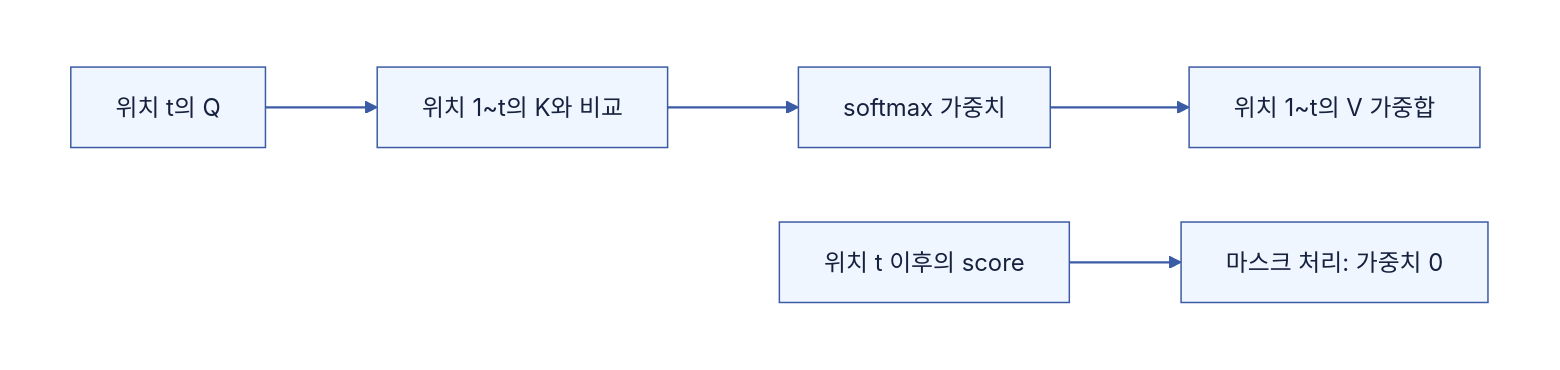
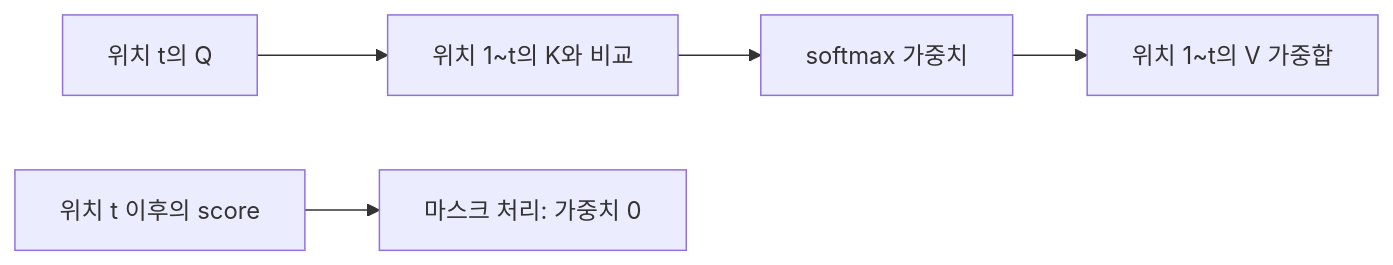
Before and after one commit to Hyune-s-lab/my-ai-study: the third of 3 diagrams in domain-knowledge/2606-attention-기초.md, drawn with Mermaid. The commit also changed other lines of this file and 49 other files, not shown here.

Commit message:
docs: 단순 다이어그램은 Mermaid로, 복잡한 배치는 SVG로 정리

````diff
--- a/domain-knowledge/2606-attention-기초.md
+++ b/domain-knowledge/2606-attention-기초.md
@@ -174,18 +167,14 @@
 ```mermaid
 flowchart LR
-%%{init: {"theme": "base", "darkMode": false, "themeVariables": {"background": "#ffffff", "primaryColor": "#EFF6FF", "primaryTextColor": "#16213E", "primaryBorderColor": "#3B5BA5", "secondaryColor": "#F0FDF4", "tertiaryColor": "#FAF5FF", "lineColor": "#3B5BA5", "textColor": "#16213E", "edgeLabelBackground": "#ffffff", "clusterBkg": "#F8FAFC", "clusterBorder": "#CBD5E1"}}}%%
-  subgraph canvas[" "]
-    direction LR
-    current["위치 t의 Q"] --> past["위치 1~t의 K와 비교"]
-    past --> weights["softmax 가중치"]
-    weights --> values["위치 1~t의 V 가중합"]
-    future["위치 t 이후의 score"] --> blocked["마스크 처리: 가중치 0"]
-  end
-  style canvas fill:#ffffff,stroke:#ffffff,color:#111827
-  linkStyle default stroke:#3B5BA5,stroke-width:1.5px
-  classDef app fill:#EFF6FF,stroke:#3B5BA5,stroke-width:1px,color:#16213E
-  class current,past,weights,values,future,blocked app
-  classDef db fill:#F0FDF4,stroke:#3F8E55,stroke-width:1px,color:#16213E
-  classDef policy fill:#FAF5FF,stroke:#A855F7,stroke-width:1px,color:#16213E
-  classDef worker fill:#FFF7ED,stroke:#C98A2B,stroke-width:1px,color:#16213E
+%%{init: {"flowchart": {"curve": "stepAfter", "wrappingWidth": 400}}}%%
+  n_current["위치 t의 Q"]
+  n_past["위치 1~t의 K와 비교"]
+  n_weights["softmax 가중치"]
+  n_values["위치 1~t의 V 가중합"]
+  n_future["위치 t 이후의 score"]
+  n_blocked["마스크 처리: 가중치 0"]
+  n_current --> n_past
+  n_past --> n_weights
+  n_weights --> n_values
+  n_future --> n_blocked
 ```
````
